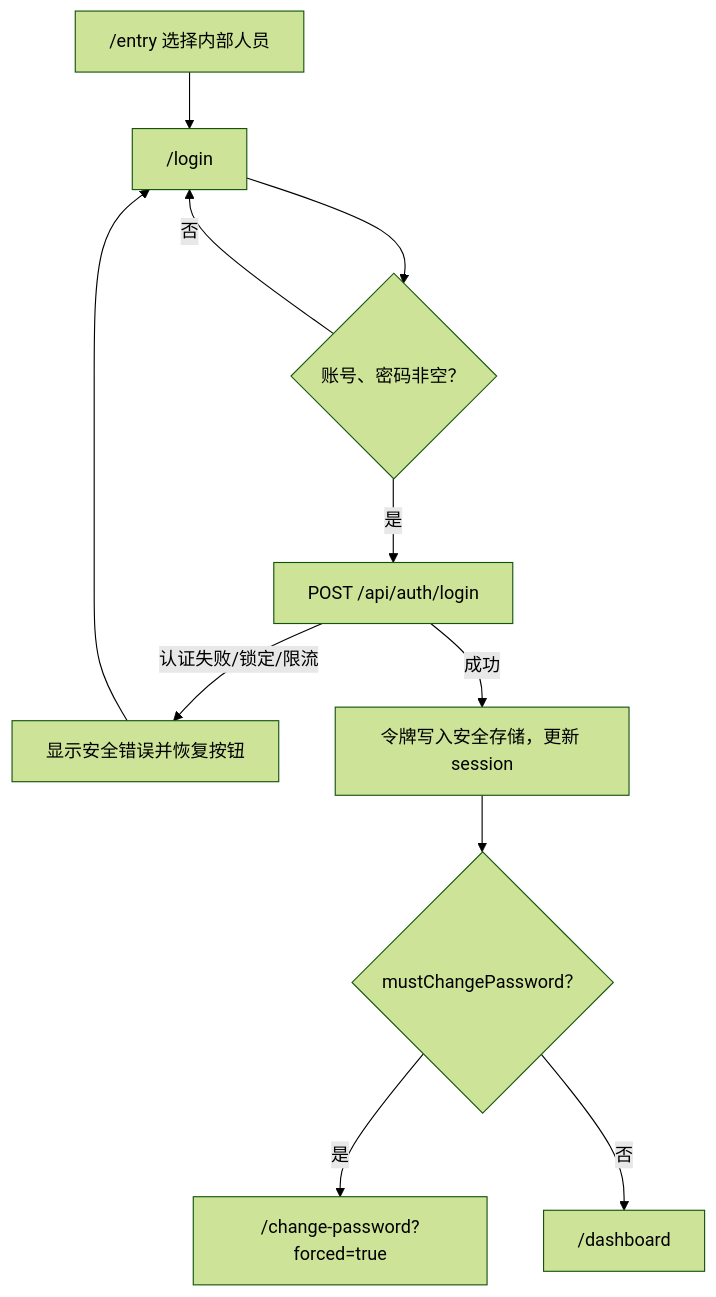
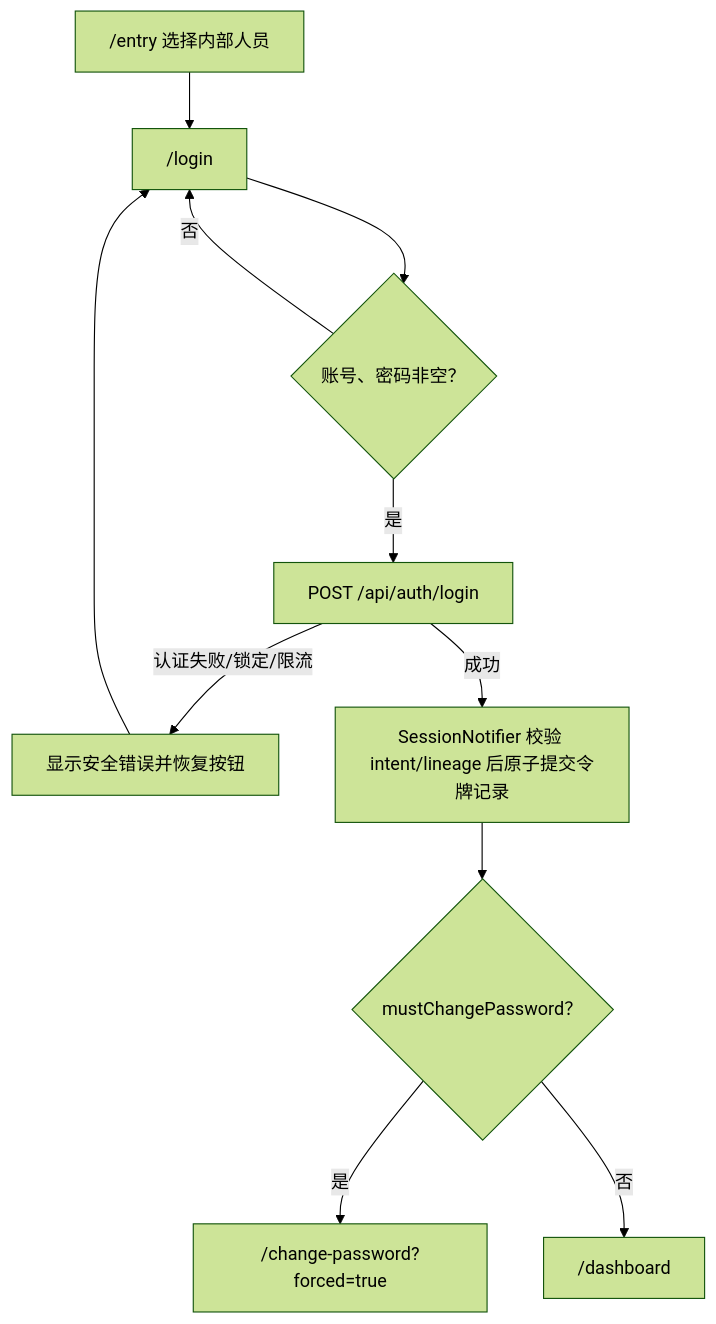
The diagram in docs/03-页面/登录页.md (BruceChu0424/utenelec_imp), drawn with Mermaid (forest theme) before and after one commit. The commit also changed other lines of this file and 370 other files, not shown here.

````diff
--- a/docs/03-页面/登录页.md
+++ b/docs/03-页面/登录页.md
@@ -60,13 +74,13 @@
 ```mermaid
 flowchart TD
     A["/entry 选择内部人员"] --> L["/login"]
     L --> V{"账号、密码非空？"}
     V -- 否 --> L
     V -- 是 --> API["POST /api/auth/login"]
     API -->|认证失败/锁定/限流| E["显示安全错误并恢复按钮"]
     E --> L
-    API -->|成功| T["令牌写入安全存储，更新 session"]
+    API -->|成功| T["SessionNotifier 校验 intent/lineage 后原子提交令牌记录"]
     T --> M{"mustChangePassword？"}
     M -- 是 --> C["/change-password?forced=true"]
     M -- 否 --> D["/dashboard"]
 ```
````
